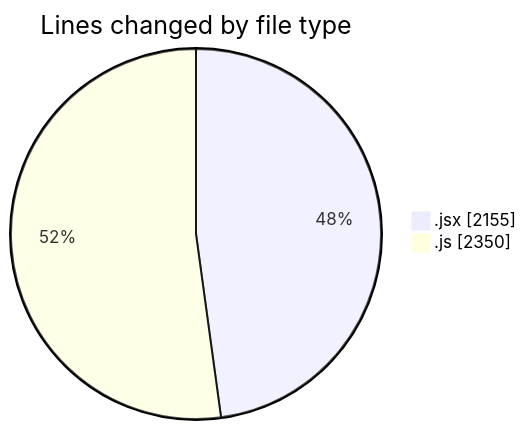
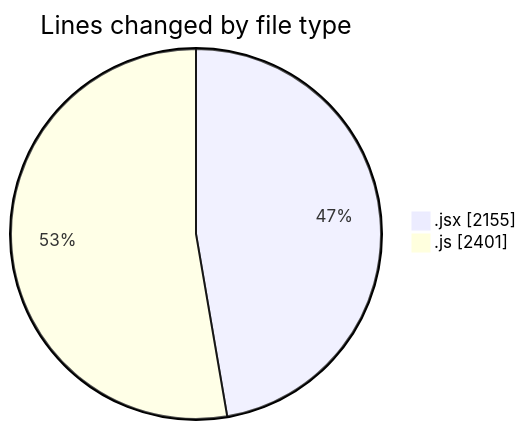
One commit to nxtqubesakshisongat/code-tracking changed the first of 2 diagrams in 2025-07-30/nxtqube_webapp/README.md. Above: the diagram before and after it, drawn with Mermaid. The commit also changed other lines of this file and 1 other file, not shown here.

````diff
--- a/2025-07-30/nxtqube_webapp/README.md
+++ b/2025-07-30/nxtqube_webapp/README.md
@@ -27,6 +27,6 @@
 ```mermaid
 pie showData
 title Lines changed by file type
 ".jsx" : 2155
-".js" : 2350
+".js" : 2401
 ```
````
